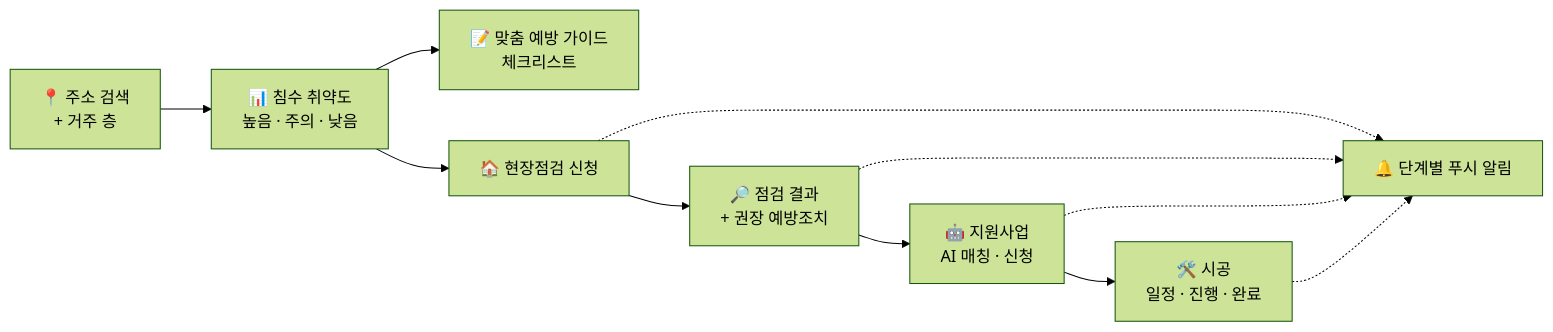
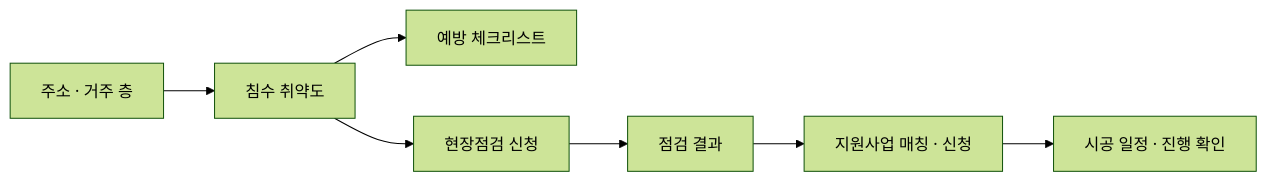
One commit to CUK-FLOUT/flout-resident-webapp changed the first of 3 diagrams in README.md. Above: the diagram before and after it, drawn with Mermaid (forest theme). The commit also changed other lines of this file, not shown here.

````diff
--- a/README.md
+++ b/README.md
@@ -53,13 +52,9 @@
 ```mermaid
 flowchart LR
-    A["📍 주소 검색<br/>+ 거주 층"] --> B["📊 침수 취약도<br/>높음 · 주의 · 낮음"]
-    B --> C["📝 맞춤 예방 가이드<br/>체크리스트"]
-    B --> D["🏠 현장점검 신청"]
-    D --> E["🔎 점검 결과<br/>+ 권장 예방조치"]
-    E --> F["🤖 지원사업<br/>AI 매칭 · 신청"]
-    F --> G["🛠️ 시공<br/>일정 · 진행 · 완료"]
-    D -.-> N["🔔 단계별 푸시 알림"]
-    E -.-> N
-    F -.-> N
-    G -.-> N
+    A["주소 · 거주 층"] --> B["침수 취약도"]
+    B --> C["예방 체크리스트"]
+    B --> D["현장점검 신청"]
+    D --> E["점검 결과"]
+    E --> F["지원사업 매칭 · 신청"]
+    F --> G["시공 일정 · 진행 확인"]
 ```
````
